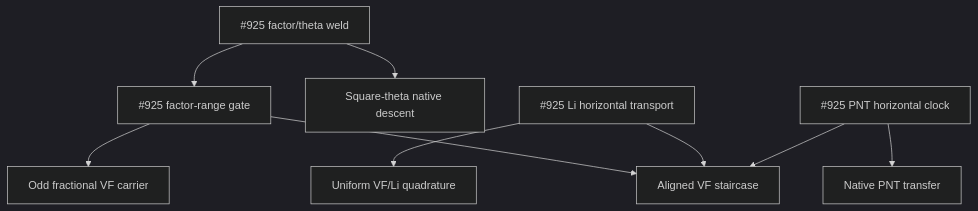
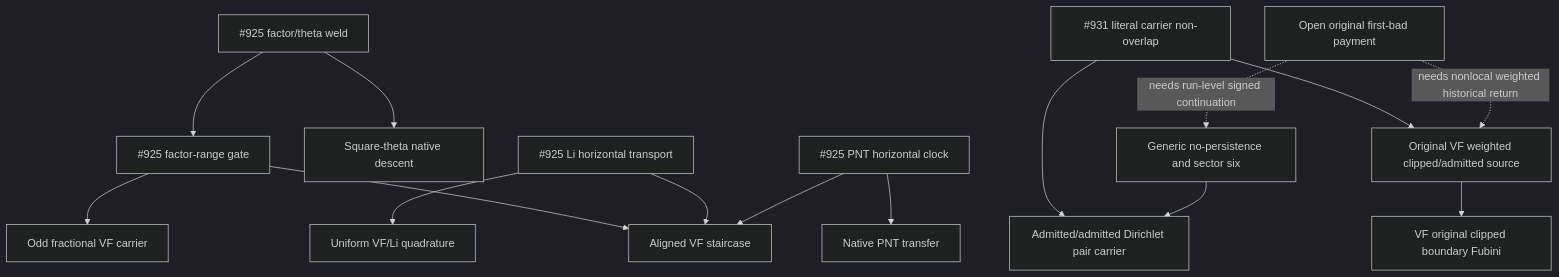
Before and after one commit to OVVO-Financial/RH_Lean: the diagram in docs/RESEARCH_FRONTIER_DAG.md, drawn with Mermaid (dark theme). The commit also changed other lines of this file, not shown here.

Commit message:
docs: extend current research-frontier DAG to PR 931 and mark unequal signed carriers

````diff
--- a/docs/RESEARCH_FRONTIER_DAG.md
+++ b/docs/RESEARCH_FRONTIER_DAG.md
@@ -30,11 +36,17 @@
 ```mermaid
 flowchart TD
   Theta["#925 factor/theta weld"] --> Factor["#925 factor-range gate"]
   Theta --> Descent["Square-theta native descent"]
   Factor --> Aligned["Aligned VF staircase"]
   Factor --> Odd["Odd fractional VF carrier"]
   Li["#925 Li horizontal transport"] --> Aligned
   Li --> Quad["Uniform VF/Li quadrature"]
   PNT["#925 PNT horizontal clock"] --> Aligned
   PNT --> Native["Native PNT transfer"]
+  Guard931["#931 literal carrier non-overlap"] --> Raw["Original VF weighted clipped/admitted source"]
+  Guard931 --> Adm["Admitted/admitted Dirichlet pair carrier"]
+  Raw --> VFClip["VF original clipped boundary Fubini"]
+  SignedSix["Generic no-persistence and sector six"] --> Adm
+  Canonical["Open original first-bad payment"] -. needs nonlocal weighted historical return .-> Raw
+  Canonical -. needs run-level signed continuation .-> SignedSix
 ```
````
